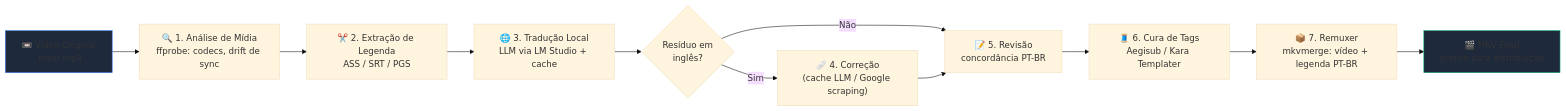
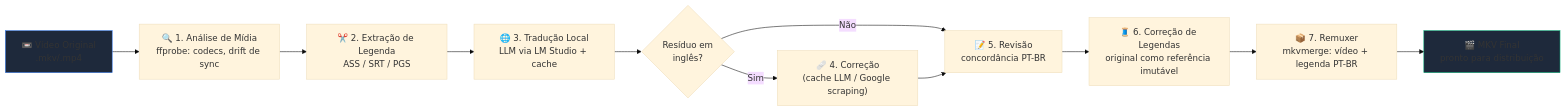
One commit to carmipa/traducao_animes_llm_local_quarkus changed the second of 3 diagrams in docs/01-arquitetura.md. Above: the diagram before and after it, drawn with Mermaid (base theme). The commit also changed other lines of this file and 6 other files, not shown here.

````diff
--- a/docs/01-arquitetura.md
+++ b/docs/01-arquitetura.md
@@ -111,16 +111,16 @@
 ```mermaid
 graph LR
     A["📼 Vídeo Original<br/>.mkv/.mp4"] --> B["🔍 1. Análise de Mídia<br/>ffprobe: codecs, drift de sync"]
     B --> C["✂️ 2. Extração de Legenda<br/>ASS / SRT / PGS"]
     C --> D["🌐 3. Tradução Local<br/>LLM via LM Studio + cache"]
     D --> E{"Resíduo em<br/>inglês?"}
     E -->|Sim| F["🩹 4. Correção<br/>(cache LLM / Google scraping)"]
     E -->|Não| G["📝 5. Revisão<br/>concordância PT-BR"]
     F --> G
-    G --> H["🧵 6. Cura de Tags<br/>Aegisub / Kara Templater"]
+    G --> H["🧵 6. Correção de Legendas<br/>original como referência imutável"]
     H --> I["📦 7. Remuxer<br/>mkvmerge: vídeo + legenda PT-BR"]
     I --> J["🎬 MKV Final<br/>pronto para distribuição"]
 
     style A fill:#1e293b,stroke:#3B82F6
     style J fill:#1e293b,stroke:#10B981
 ```
````
